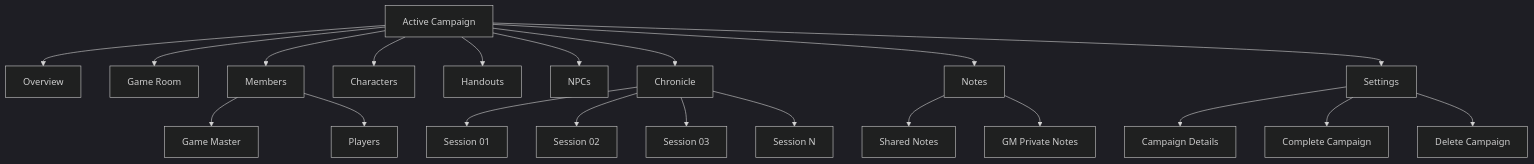
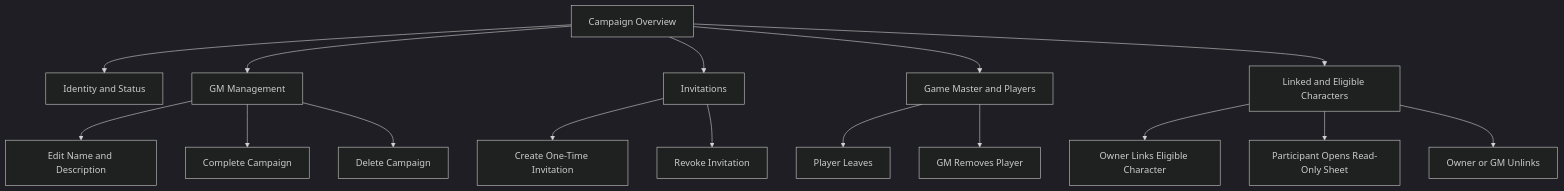
One commit to Andrey-0101/ttrpg-website changed the second of 6 diagrams in docs/product/SITE_MAP.md. Above: the diagram before and after it, drawn with Mermaid (dark theme). The commit also changed other lines of this file and 19 other files, not shown here.

````diff
--- a/docs/product/SITE_MAP.md
+++ b/docs/product/SITE_MAP.md
@@ -228,29 +52,24 @@
 ```mermaid
 flowchart TD
-    CAMPAIGN["Active Campaign"]
+    CAMPAIGN["Campaign Overview"]
 
-    CAMPAIGN --> OVERVIEW["Overview"]
-    CAMPAIGN --> GAME_ROOM["Game Room"]
-    CAMPAIGN --> MEMBERS["Members"]
-    CAMPAIGN --> CHARACTERS["Characters"]
-    CAMPAIGN --> HANDOUTS["Handouts"]
-    CAMPAIGN --> NPCS["NPCs"]
-    CAMPAIGN --> CHRONICLE["Chronicle"]
-    CAMPAIGN --> NOTES["Notes"]
-    CAMPAIGN --> SETTINGS["Settings"]
+    CAMPAIGN --> IDENTITY["Identity and Status"]
+    CAMPAIGN --> MANAGEMENT["GM Management"]
+    CAMPAIGN --> INVITATIONS["Invitations"]
+    CAMPAIGN --> MEMBERS["Game Master and Players"]
+    CAMPAIGN --> CHARACTERS["Linked and Eligible Characters"]
 
-    MEMBERS --> GM["Game Master"]
-    MEMBERS --> PLAYERS["Players"]
+    MANAGEMENT --> EDIT["Edit Name and Description"]
+    MANAGEMENT --> COMPLETE["Complete Campaign"]
+    MANAGEMENT --> DELETE["Delete Campaign"]
 
-    CHRONICLE --> SESSION_01["Session 01"]
-    CHRONICLE --> SESSION_02["Session 02"]
-    CHRONICLE --> SESSION_03["Session 03"]
-    CHRONICLE --> SESSION_N["Session N"]
+    INVITATIONS --> CREATE_INVITE["Create One-Time Invitation"]
+    INVITATIONS --> REVOKE_INVITE["Revoke Invitation"]
 
-    NOTES --> SHARED_NOTES["Shared Notes"]
-    NOTES --> GM_NOTES["GM Private Notes"]
+    MEMBERS --> LEAVE["Player Leaves"]
+    MEMBERS --> REMOVE["GM Removes Player"]
 
-    SETTINGS --> CAMPAIGN_DETAILS["Campaign Details"]
-    SETTINGS --> COMPLETE_CAMPAIGN["Complete Campaign"]
-    SETTINGS --> DELETE_CAMPAIGN["Delete Campaign"]
+    CHARACTERS --> LINK["Owner Links Eligible Character"]
+    CHARACTERS --> OPEN["Participant Opens Read-Only Sheet"]
+    CHARACTERS --> UNLINK["Owner or GM Unlinks"]
 ```
````
